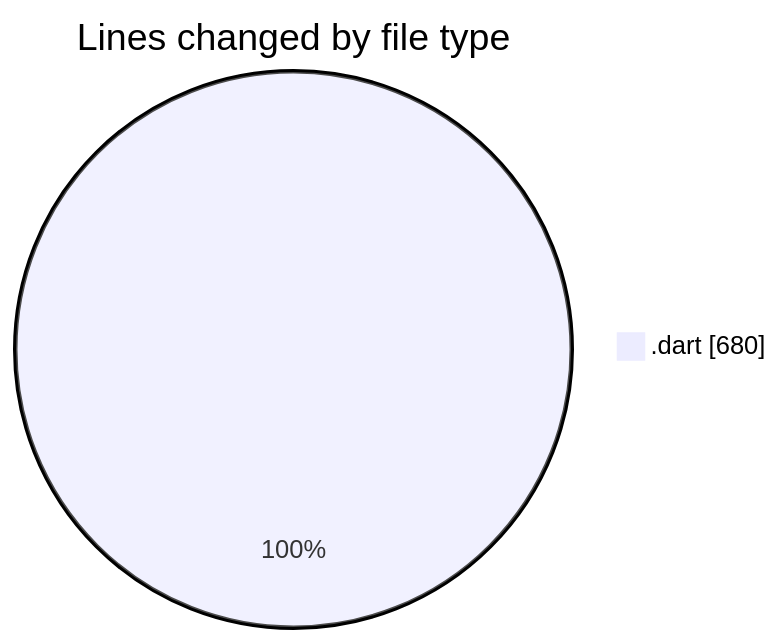
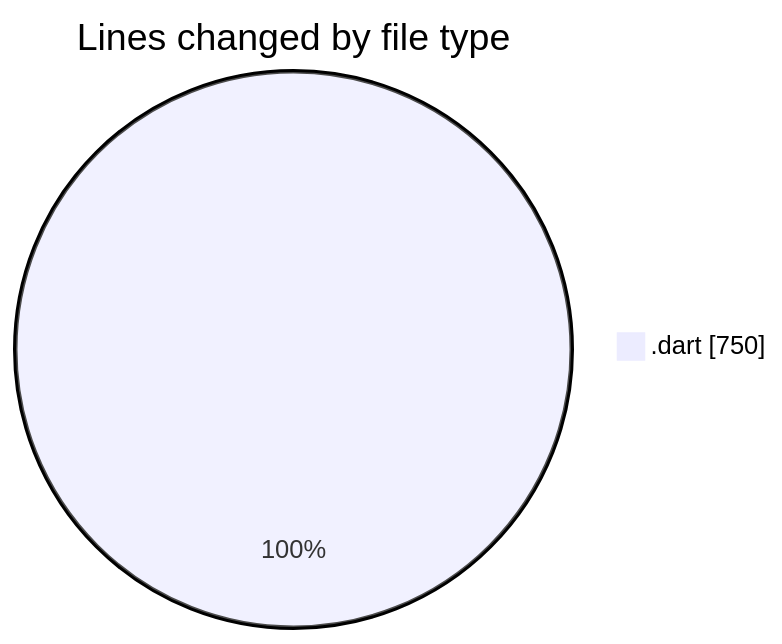
One commit to donsfak/code-tracking changed the first of 2 diagrams in 2025-02-25/trackers_app/README.md. Above: the diagram before and after it, drawn with Mermaid. The commit also changed other lines of this file and 1 other file, not shown here.

````diff
--- a/2025-02-25/trackers_app/README.md
+++ b/2025-02-25/trackers_app/README.md
@@ -23,5 +23,5 @@
 ```mermaid
 pie showData
 title Lines changed by file type
-".dart" : 680
+".dart" : 750
 ```
````
